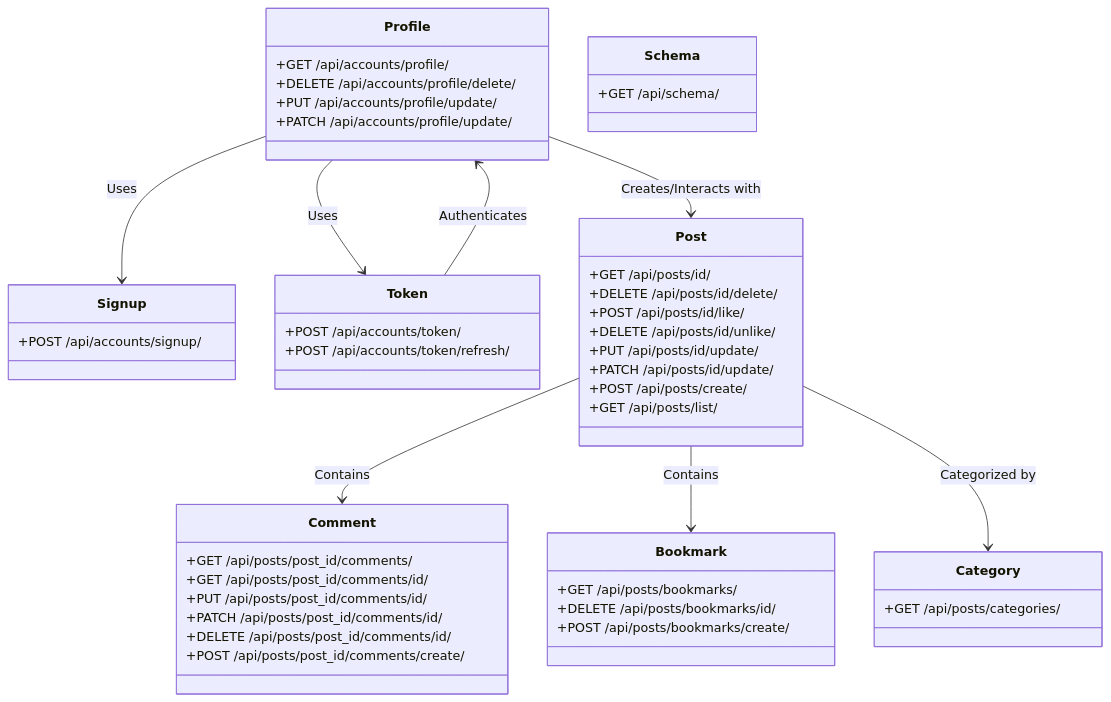
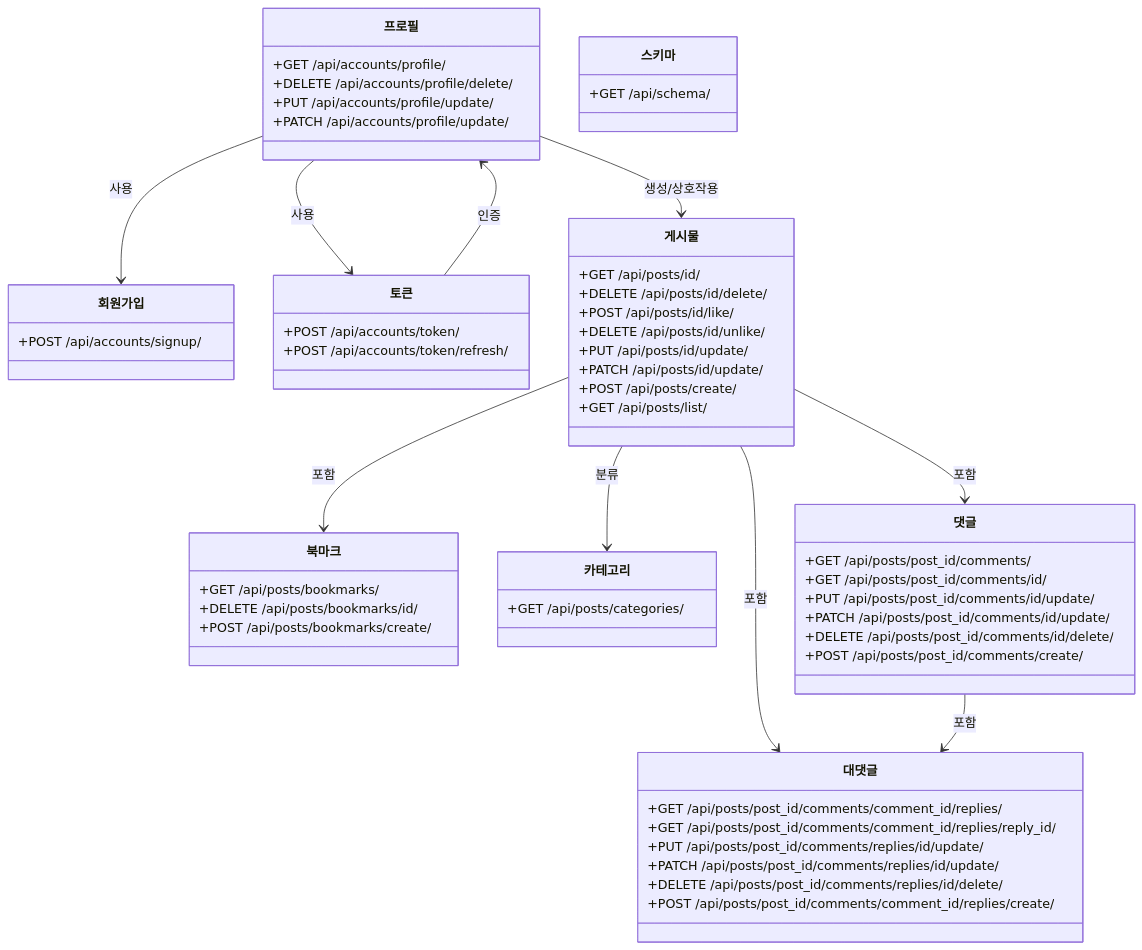
The first of 3 diagrams in README.md (AI-Inventory-Forecasting-Team/ai-inventory-forecasting), drawn with Mermaid before and after one commit. The commit also changed other lines of this file, not shown here.

````diff
--- a/README.md
+++ b/README.md
@@ -199,62 +208,73 @@
 ```mermaid
 classDiagram
-  class Profile {
+  class 프로필 {
     +GET /api/accounts/profile/
     +DELETE /api/accounts/profile/delete/
     +PUT /api/accounts/profile/update/
     +PATCH /api/accounts/profile/update/
   }
 
-  class Signup {
+  class 회원가입 {
     +POST /api/accounts/signup/
   }
 
-  class Token {
+  class 토큰 {
     +POST /api/accounts/token/
     +POST /api/accounts/token/refresh/
   }
 
-  class Post {
+  class 게시물 {
     +GET /api/posts/id/
     +DELETE /api/posts/id/delete/
     +POST /api/posts/id/like/
     +DELETE /api/posts/id/unlike/
     +PUT /api/posts/id/update/
     +PATCH /api/posts/id/update/
     +POST /api/posts/create/
     +GET /api/posts/list/
   }
 
-  class Bookmark {
+  class 북마크 {
     +GET /api/posts/bookmarks/
     +DELETE /api/posts/bookmarks/id/
     +POST /api/posts/bookmarks/create/
   }
 
-  class Category {
+  class 카테고리 {
     +GET /api/posts/categories/
   }
 
-  class Comment {
+  class 댓글 {
     +GET /api/posts/post_id/comments/
     +GET /api/posts/post_id/comments/id/
-    +PUT /api/posts/post_id/comments/id/
-    +PATCH /api/posts/post_id/comments/id/
-    +DELETE /api/posts/post_id/comments/id/
+    +PUT /api/posts/post_id/comments/id/update/
+    +PATCH /api/posts/post_id/comments/id/update/
+    +DELETE /api/posts/post_id/comments/id/delete/
     +POST /api/posts/post_id/comments/create/
   }
 
-  class Schema {
+  class 대댓글 {
+    +GET /api/posts/post_id/comments/comment_id/replies/
+    +GET /api/posts/post_id/comments/comment_id/replies/reply_id/
+    +PUT /api/posts/post_id/comments/replies/id/update/
+    +PATCH /api/posts/post_id/comments/replies/id/update/
+    +DELETE /api/posts/post_id/comments/replies/id/delete/
+    +POST /api/posts/post_id/comments/comment_id/replies/create/
+  }
+
+  class 스키마 {
     +GET /api/schema/
   }
 
-  Profile --> Signup : Uses
-  Profile --> Token : Uses
-  Post --> Comment : Contains
-  Post --> Bookmark : Contains
-  Post --> Category : Categorized by
-  Profile --> Post : Creates/Interacts with
-  Token --> Profile : Authenticates
+  프로필 --> 회원가입 : 사용
+  프로필 --> 토큰 : 사용
+  게시물 --> 댓글 : 포함
+  게시물 --> 대댓글 : 포함
+  게시물 --> 북마크 : 포함
+  게시물 --> 카테고리 : 분류
+  프로필 --> 게시물 : 생성/상호작용
+  토큰 --> 프로필 : 인증
+  댓글 --> 대댓글 : 포함
 
 
 ```
````
